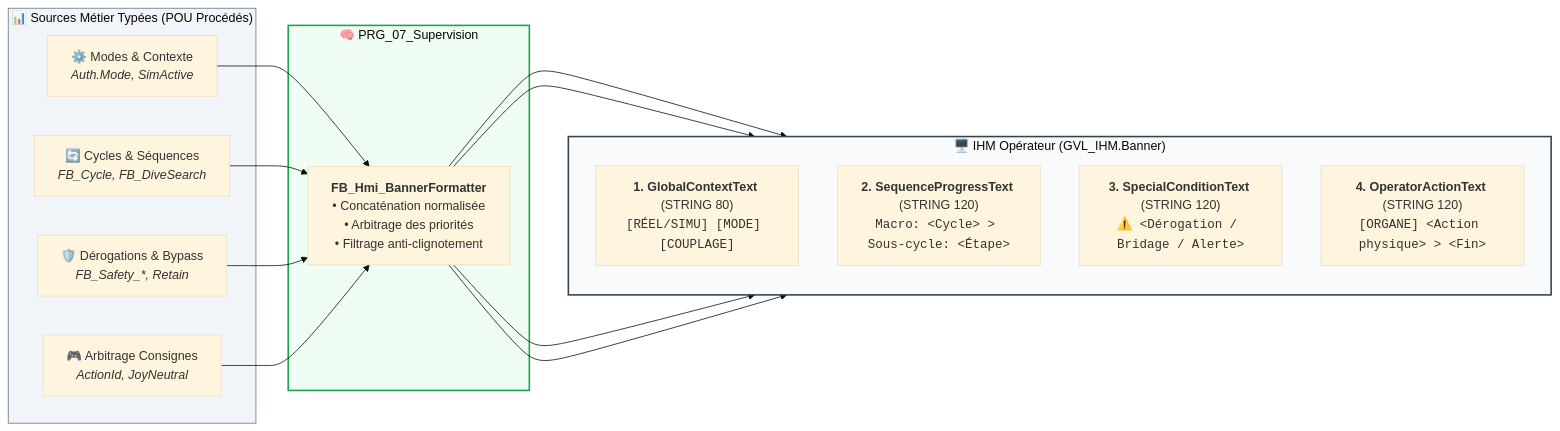
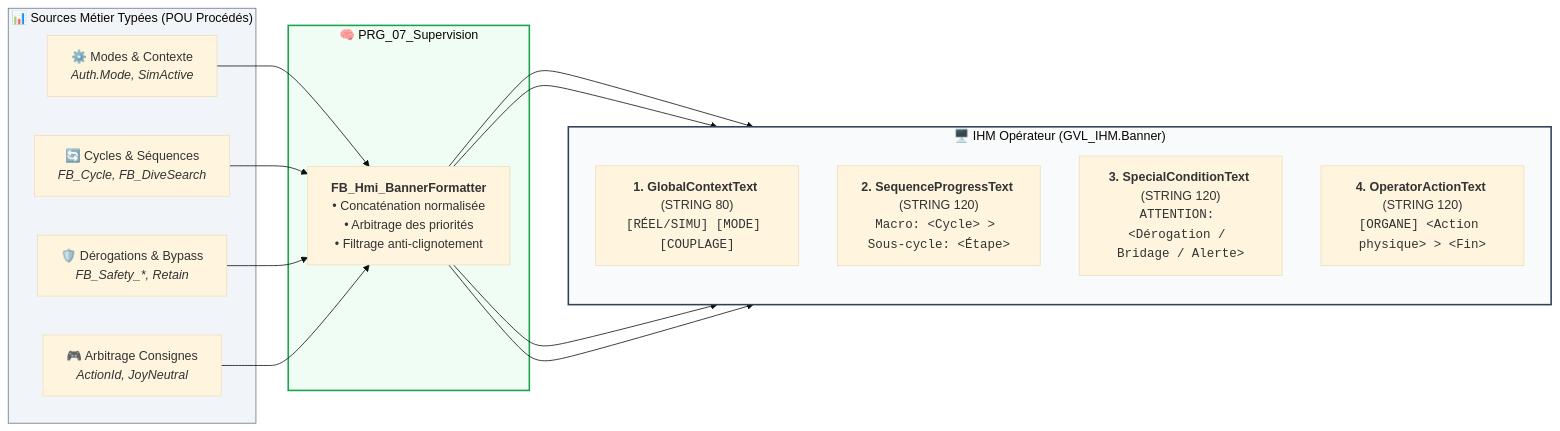
One commit to MatGros/2026_Projet_YGO_ExcavatriceDragage changed the diagram in DOC/AF/AF_Partie-07_Interface_IHM_v2.0.md. Above: the diagram before and after it, drawn with Mermaid (base theme). The commit also changed other lines of this file and 7 other files, not shown here.

````diff
--- a/DOC/AF/AF_Partie-07_Interface_IHM_v2.0.md
+++ b/DOC/AF/AF_Partie-07_Interface_IHM_v2.0.md
@@ -95,35 +95,35 @@
 ```mermaid
 flowchart LR
     subgraph SOURCES ["📊 Sources Métier Typées (POU Procédés)"]
         S1["⚙️ Modes & Contexte<br><i>Auth.Mode, SimActive</i>"]
         S2["🔄 Cycles & Séquences<br><i>FB_Cycle, FB_DiveSearch</i>"]
         S3["🛡️ Dérogations & Bypass<br><i>FB_Safety_*, Retain</i>"]
         S4["🎮 Arbitrage Consignes<br><i>ActionId, JoyNeutral</i>"]
     end
 
     subgraph FORMATTER ["🧠 PRG_07_Supervision"]
         BF["<b>FB_Hmi_BannerFormatter</b><br>• Concaténation normalisée<br>• Arbitrage des priorités<br>• Filtrage anti-clignotement"]
     end
 
     subgraph BANNER ["🖥️ IHM Opérateur (GVL_IHM.Banner)"]
         direction TB
         B1["<b>1. GlobalContextText</b> (STRING 80)<br><code>[RÉEL/SIMU] [MODE] [COUPLAGE]</code>"]
         B2["<b>2. SequenceProgressText</b> (STRING 120)<br><code>Macro: &lt;Cycle&gt; &gt; Sous-cycle: &lt;Étape&gt;</code>"]
-        B3["<b>3. SpecialConditionText</b> (STRING 120)<br><code>⚠️ &lt;Dérogation / Bridage / Alerte&gt;</code>"]
+        B3["<b>3. SpecialConditionText</b> (STRING 120)<br><code>ATTENTION: &lt;Dérogation / Bridage / Alerte&gt;</code>"]
         B4["<b>4. OperatorActionText</b> (STRING 120)<br><code>[ORGANE] &lt;Action physique&gt; &gt; &lt;Fin&gt;</code>"]
     end
 
     S1 --> BF
     S2 --> BF
     S3 --> BF
     S4 --> BF
 
     BF --> B1
     BF --> B2
     BF --> B3
     BF --> B4
 
     style BANNER fill:#f8fafc,stroke:#334155,stroke-width:2px
     style FORMATTER fill:#f0fdf4,stroke:#16a34a,stroke-width:2px
     style SOURCES fill:#f1f5f9,stroke:#64748b,stroke-width:1px
 ```
````
